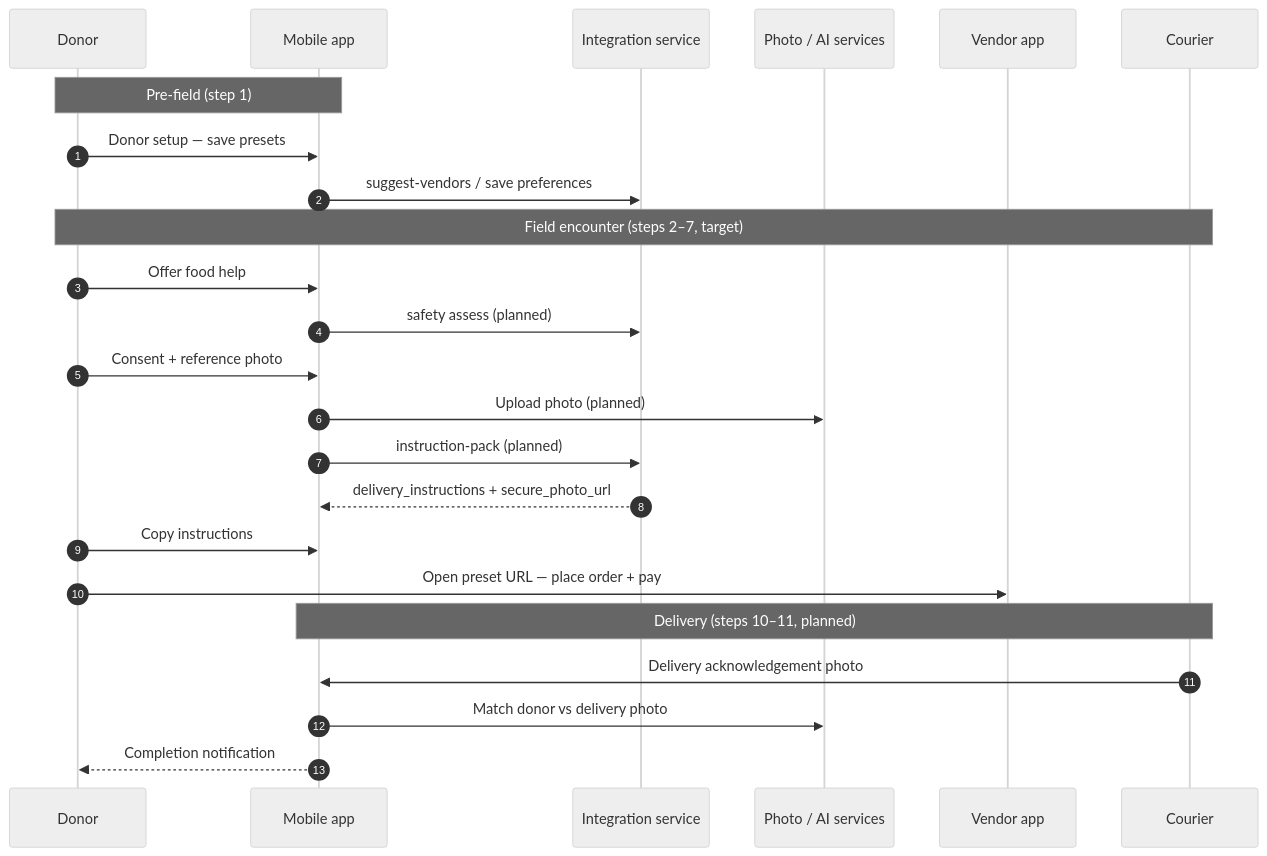
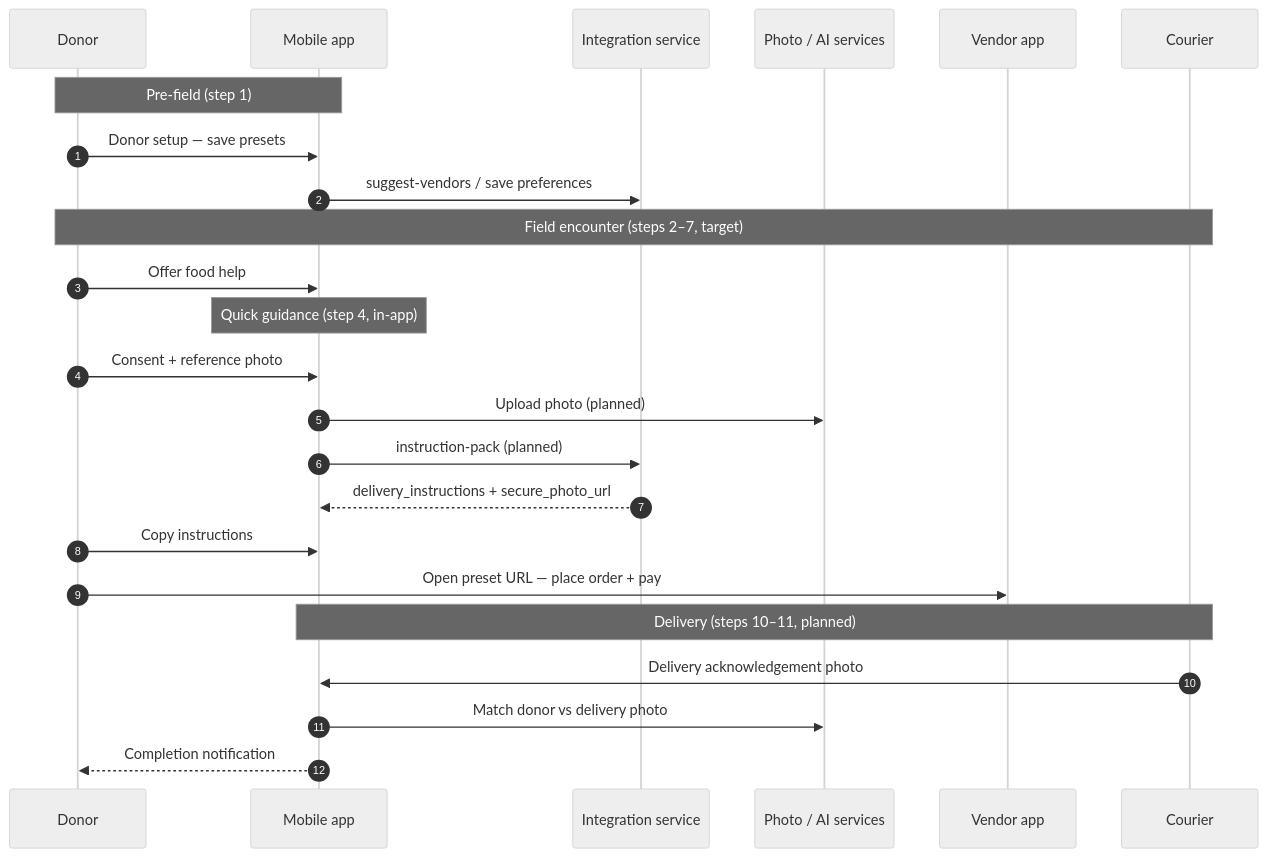
The third of 4 diagrams in design/SharingBridge_End_to_End_Workflow.md (sharingbridge/sharingbridge), drawn with Mermaid (neutral theme) before and after one commit. The commit also changed other lines of this file and 10 other files, not shown here.

First line of the commit message:
docs: defer location-safety; BRD step 4 is fixed mobile guidance

````diff
--- a/design/SharingBridge_End_to_End_Workflow.md
+++ b/design/SharingBridge_End_to_End_Workflow.md
@@ -114,29 +113,29 @@
 ```mermaid
 sequenceDiagram
   autonumber
   participant D as Donor
   participant M as Mobile app
   participant I as Integration service
   participant P as Photo / AI services
   participant V as Vendor app
   participant C as Courier
 
   Note over D,M: Pre-field (step 1)
   D->>M: Donor setup — save presets
   M->>I: suggest-vendors / save preferences
 
   Note over D,C: Field encounter (steps 2–7, target)
   D->>M: Offer food help
-  M->>I: safety assess (planned)
+  Note over M: Quick guidance (step 4, in-app)
   D->>M: Consent + reference photo
   M->>P: Upload photo (planned)
   M->>I: instruction-pack (planned)
   I-->>M: delivery_instructions + secure_photo_url
   D->>M: Copy instructions
   D->>V: Open preset URL — place order + pay
 
   Note over C,M: Delivery (steps 10–11, planned)
   C->>M: Delivery acknowledgement photo
   M->>P: Match donor vs delivery photo
   M-->>D: Completion notification
 ```
````
